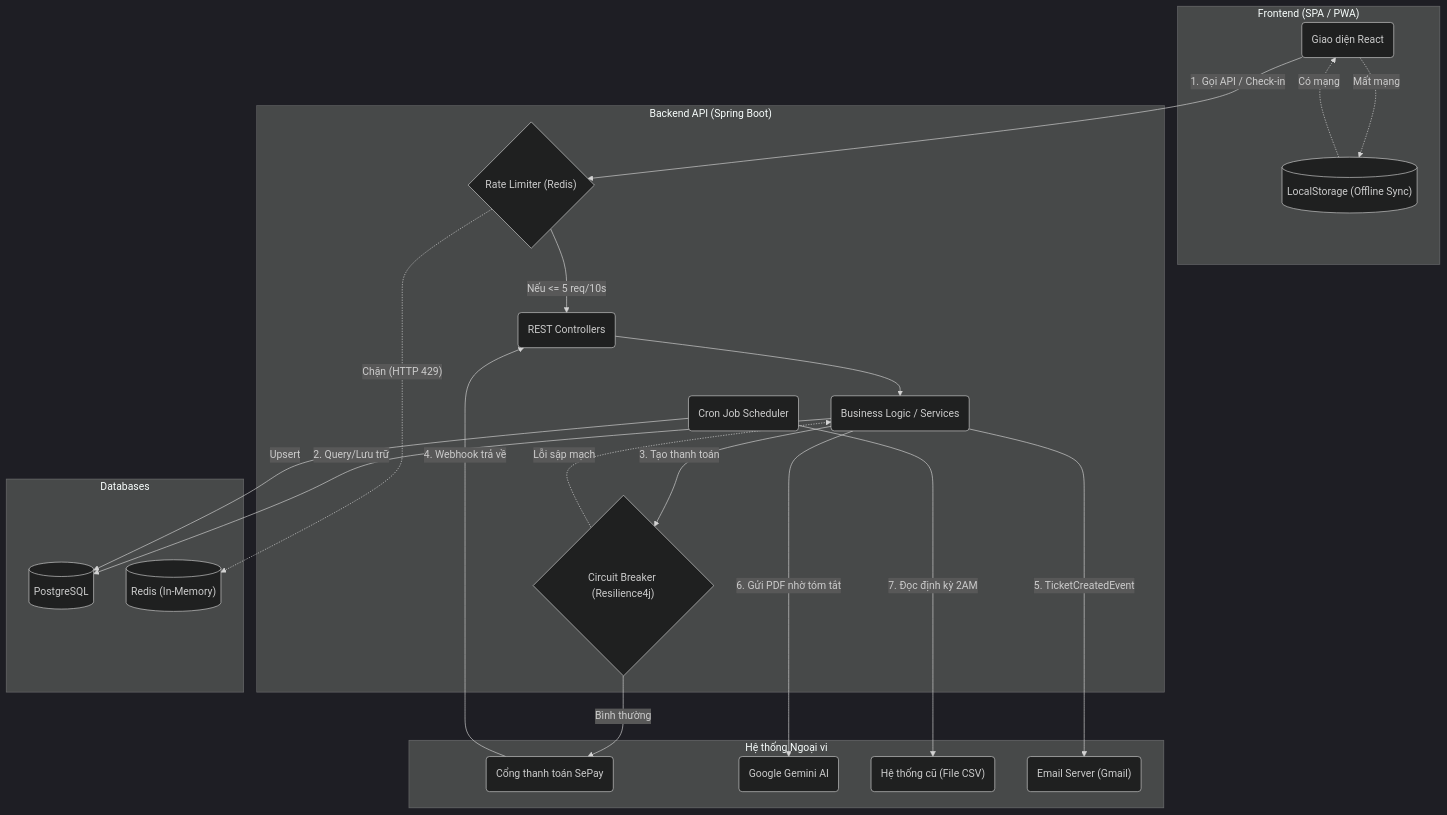
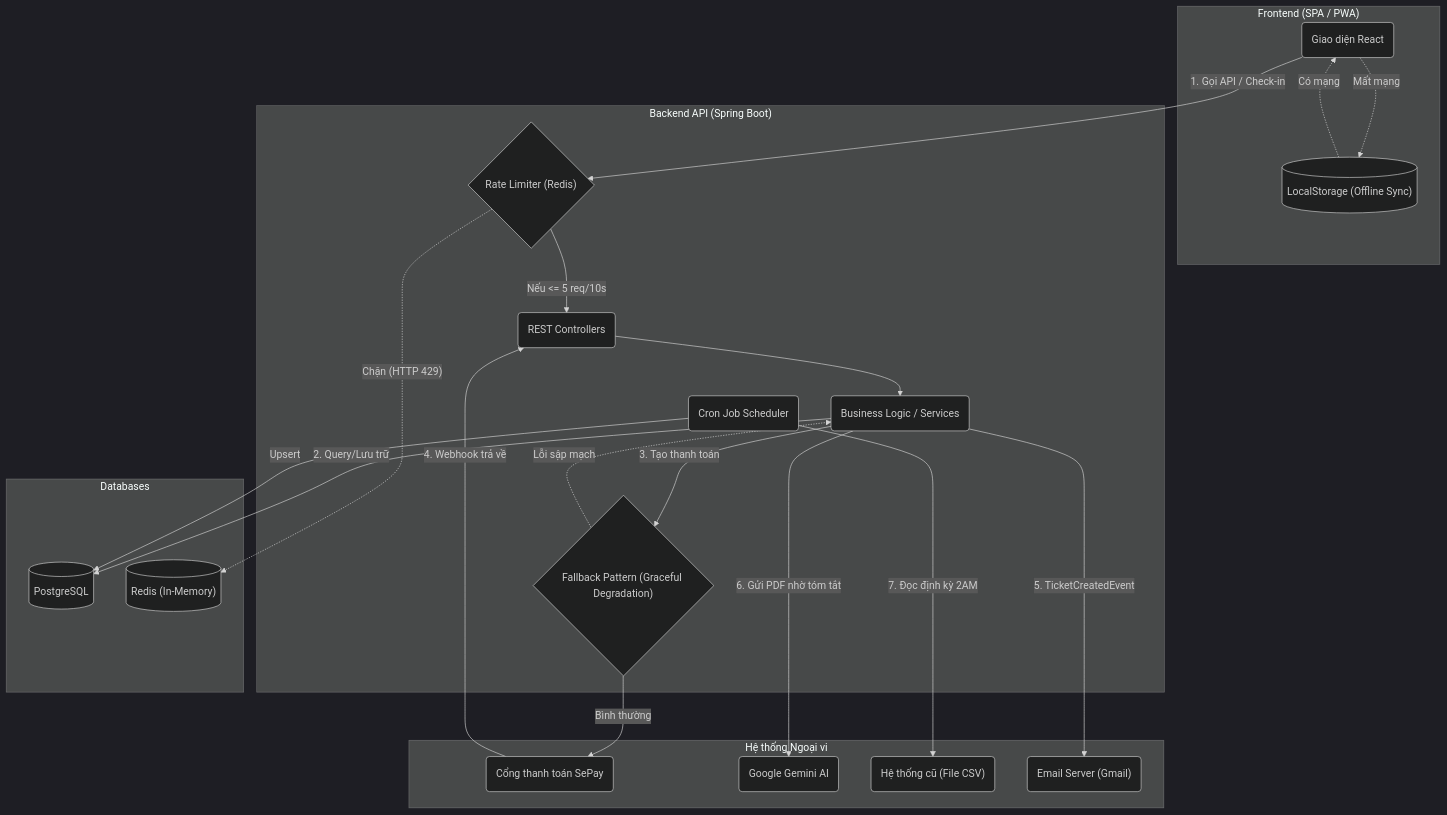
The third of 3 diagrams in blueprint/design.md (giabaocode/UniHub_Workshop), drawn with Mermaid (dark theme) before and after one commit. The commit also changed other lines of this file and 43 other files, not shown here.

````diff
--- a/blueprint/design.md
+++ b/blueprint/design.md
@@ -68,48 +68,48 @@
 ```mermaid
 graph TD
     subgraph Frontend ["Frontend (SPA / PWA)"]
         UI("Giao diện React")
         LS[("LocalStorage (Offline Sync)")]
         UI -. Mất mạng .-> LS
         LS -. Có mạng .-> UI
     end
 
     subgraph Backend ["Backend API (Spring Boot)"]
         API("REST Controllers")
         RateLimit{"Rate Limiter (Redis)"}
-        CB{"Circuit Breaker (Resilience4j)"}
+        CB{"Fallback Pattern (Graceful Degradation)"}
         Service("Business Logic / Services")
         Job("Cron Job Scheduler")
     end
 
     subgraph Data ["Databases"]
         DB[("PostgreSQL")]
         Redis[("Redis (In-Memory)")]
     end
 
     subgraph External ["Hệ thống Ngoại vi"]
         SePay("Cổng thanh toán SePay")
         Gemini("Google Gemini AI")
         CSV("Hệ thống cũ (File CSV)")
         SMTP("Email Server (Gmail)")
     end
 
     %% Flows
     UI -->|1. Gọi API / Check-in| RateLimit
     RateLimit -->|Nếu <= 5 req/10s| API
     RateLimit -. Chặn (HTTP 429) .-> Redis
     
     API --> Service
     Service -->|2. Query/Lưu trữ| DB
     
     Service -->|3. Tạo thanh toán| CB
     CB -->|Bình thường| SePay
     CB -. Lỗi sập mạch .-> Service
     SePay -->|4. Webhook trả về| API
     
     Service -->|5. TicketCreatedEvent| SMTP
     Service -->|6. Gửi PDF nhờ tóm tắt| Gemini
     
     Job -->|7. Đọc định kỳ 2AM| CSV
     Job -->|Upsert| DB
 ```
````
